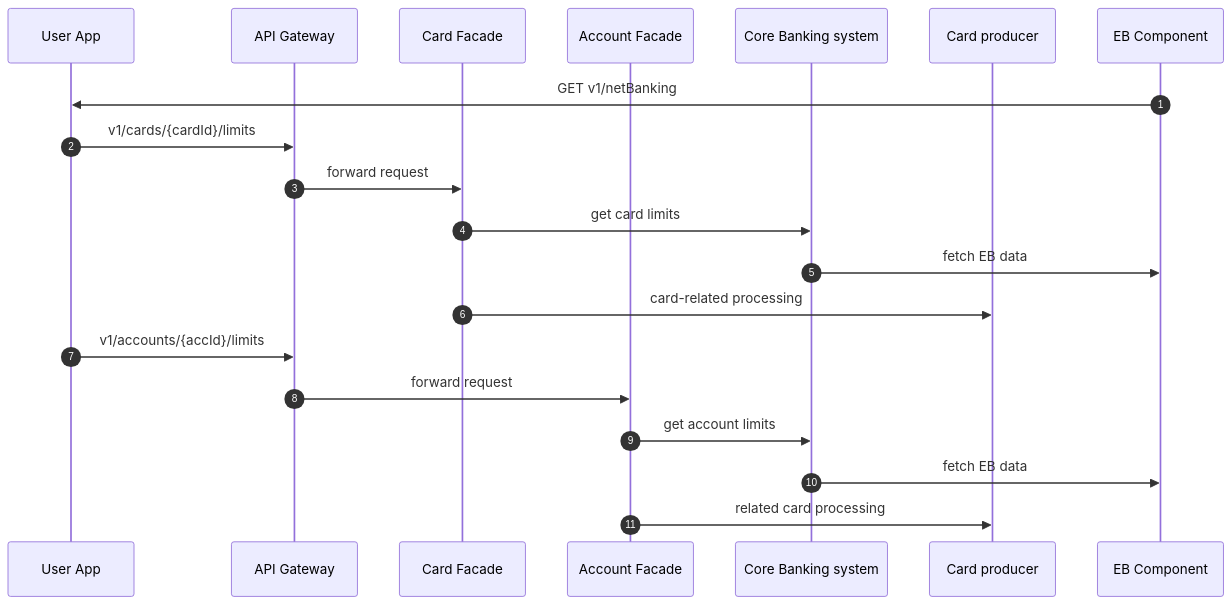
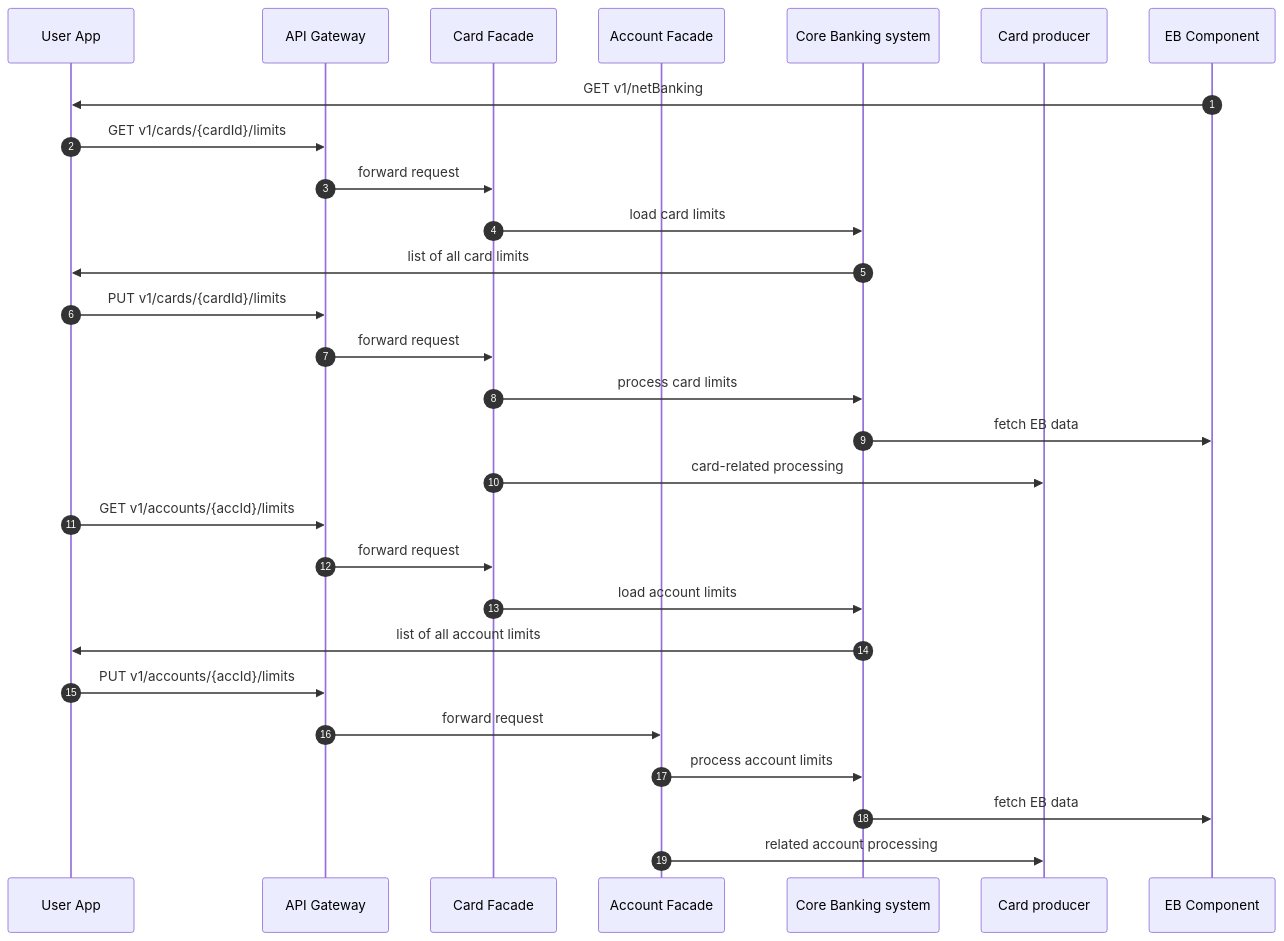
One commit to mmmmichal/eb_limits changed the fourth of 4 diagrams in README.md. Above: the diagram before and after it, drawn with Mermaid. The commit also changed other lines of this file and 5 other files, not shown here.

Commit message:
architecture update_GET services added

````diff
--- a/README.md
+++ b/README.md
@@ -184,31 +223,38 @@
 ```mermaid
 
 sequenceDiagram
     autonumber
 
     participant UserApp as User App
     participant APIGW as API Gateway
     participant CardFacade as Card Facade
     participant AccountFacade as Account Facade
     participant CoreBanking as Core Banking system
     participant CardProducer as Card producer
     participant EB as EB Component
 
     %% Net banking initialization
     EB ->> UserApp: GET v1/netBanking
 
-    %% Card limits flow
-    UserApp ->> APIGW: v1/cards/{cardId}/limits
+    %% Card limits flow (PUT)
+    UserApp ->> APIGW: GET v1/cards/{cardId}/limits
     APIGW ->> CardFacade: forward request
-    CardFacade ->> CoreBanking: get card limits
+    CardFacade ->> CoreBanking: load card limits
+    CoreBanking ->> UserApp: list of all card limits
+    UserApp ->> APIGW: PUT v1/cards/{cardId}/limits
+    APIGW ->> CardFacade: forward request
+    CardFacade ->> CoreBanking: process card limits
     CoreBanking ->> EB: fetch EB data
     CardFacade ->> CardProducer: card-related processing
 
-    %% Account limits flow
-    UserApp ->> APIGW: v1/accounts/{accId}/limits
+    %% Account limits flow (PUT)
+    UserApp ->> APIGW: GET v1/accounts/{accId}/limits
+    APIGW ->> CardFacade: forward request
+    CardFacade ->> CoreBanking: load account limits
+    CoreBanking ->> UserApp: list of all account limits
+    UserApp ->> APIGW: PUT v1/accounts/{accId}/limits
     APIGW ->> AccountFacade: forward request
-    AccountFacade ->> CoreBanking: get account limits
+    AccountFacade ->> CoreBanking: process account limits
     CoreBanking ->> EB: fetch EB data
-    AccountFacade ->> CardProducer: related card processing
-
+    AccountFacade ->> CardProducer: related account processing
 ```
````
